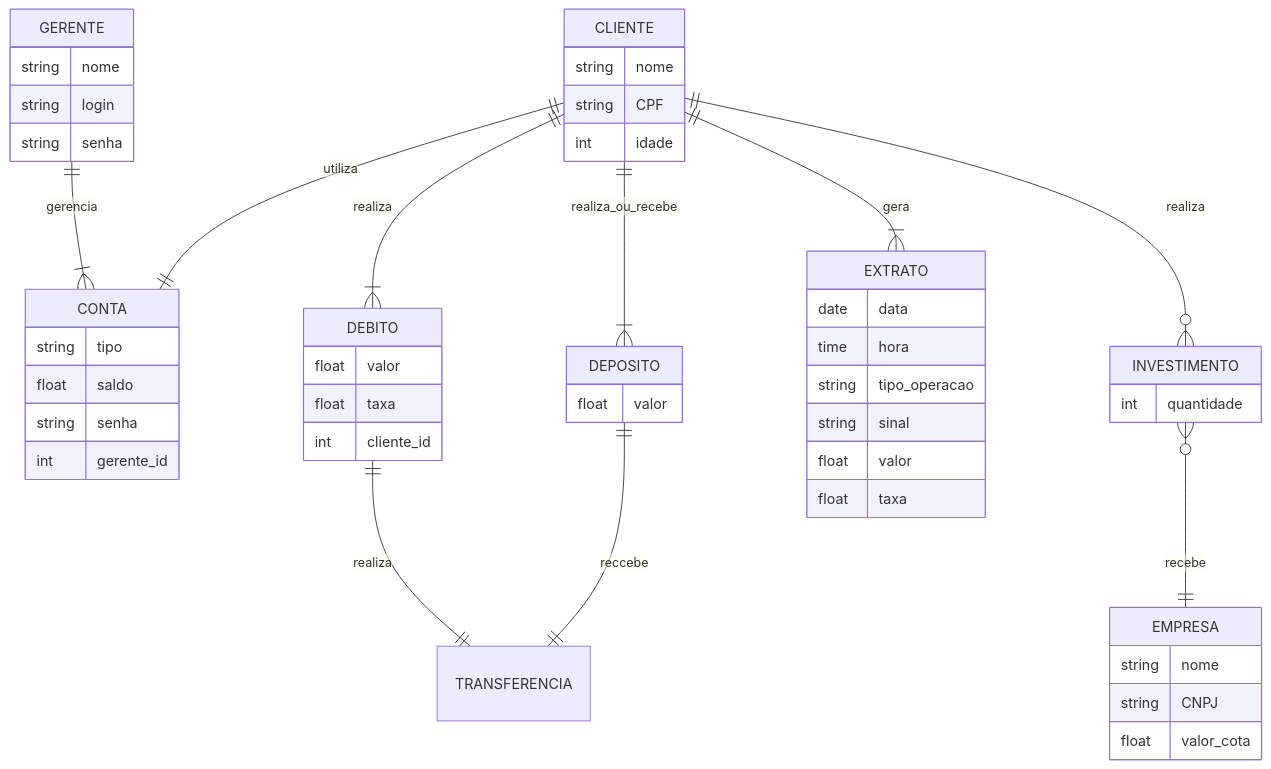
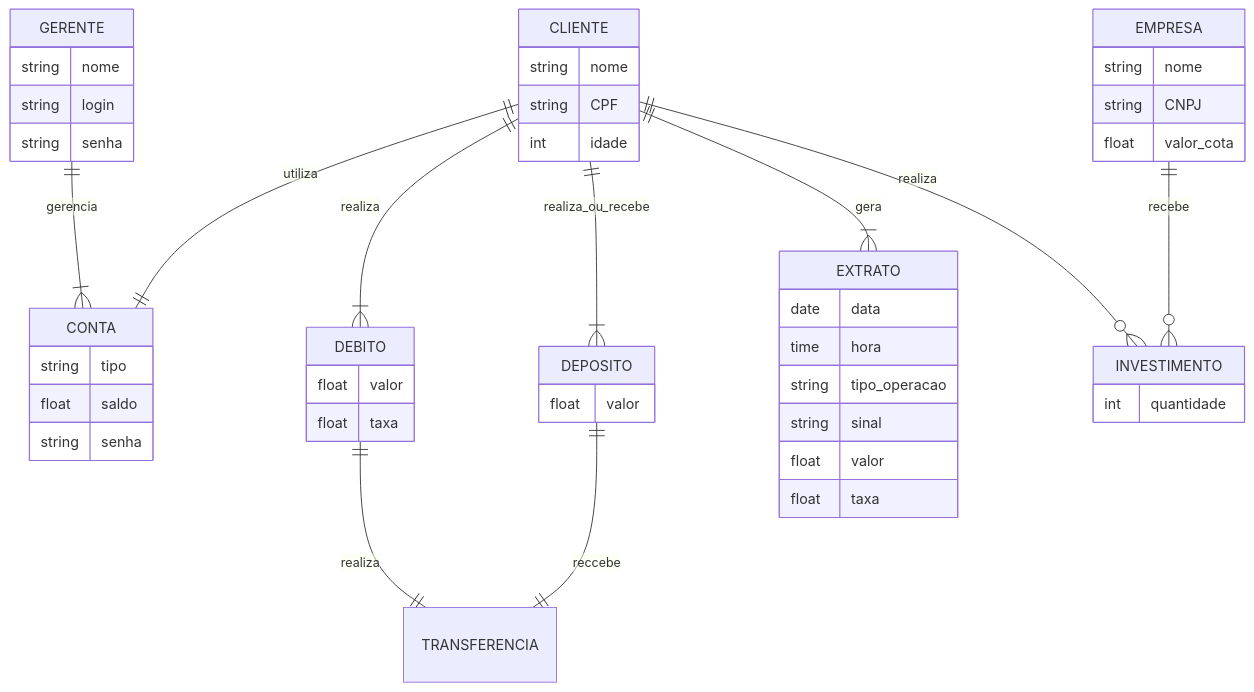
One commit to iagorosa28/banco_quempoupatem_banco_de_dados changed the first of 2 diagrams in README.md. Above: the diagram before and after it, drawn with Mermaid.

````diff
--- a/README.md
+++ b/README.md
@@ -18,67 +18,51 @@
 ```mermaid
 erDiagram
     CLIENTE {
-    %%int id
     string nome
     string CPF
     int idade
     }
 
     GERENTE {
-    %%int id 
     string nome
     string login
     string senha
     }
 
     CONTA {
-    %%int cliente_id
     string tipo
     float saldo
     string senha
-    int gerente_id
     }
 
     DEBITO {
-    %%int id
     float valor
     float taxa
-    int cliente_id
     }
 
     DEPOSITO {
-    %%int id
     float valor
-    %%int cliente_id
     }
 
     TRANSFERENCIA {
-    %%int id
-    %%int debito_id
-    %%int deposito_id
     }
 
     EXTRATO {
-    %%int id
     date data
     time hora
     string tipo_operacao
     string sinal
     float valor
     float taxa
-    %%int cliente_id
     }
 
     EMPRESA {
-    %%int id
     string nome
     string CNPJ
     float valor_cota
     }
 
     INVESTIMENTO {
-    %%int cliente_id
-    %%int empresa_id
     int quantidade
     }
 
@@ -88,11 +72,9 @@
     CLIENTE  || -- |{ DEPOSITO : realiza_ou_recebe
     DEBITO   || -- || TRANSFERENCIA : realiza
     DEPOSITO || -- || TRANSFERENCIA : reccebe
-    CLIENTE  || -- |{ EXTRATO : gera
-    %%CLIENTE  }| -- |{ EMPRESA : investe 
+    CLIENTE  || -- |{ EXTRATO : gera 
     CLIENTE  || -- o{ INVESTIMENTO : realiza
-    INVESTIMENTO }o -- || EMPRESA : recebe
-    %%EMPRESA || -- o{ INVESTIMENTO : recebe
+    EMPRESA || -- o{ INVESTIMENTO : recebe
 
 
  %% CLIENTE || -- |{ TRANSFERENCIA : faz_ou_recebe   
````
